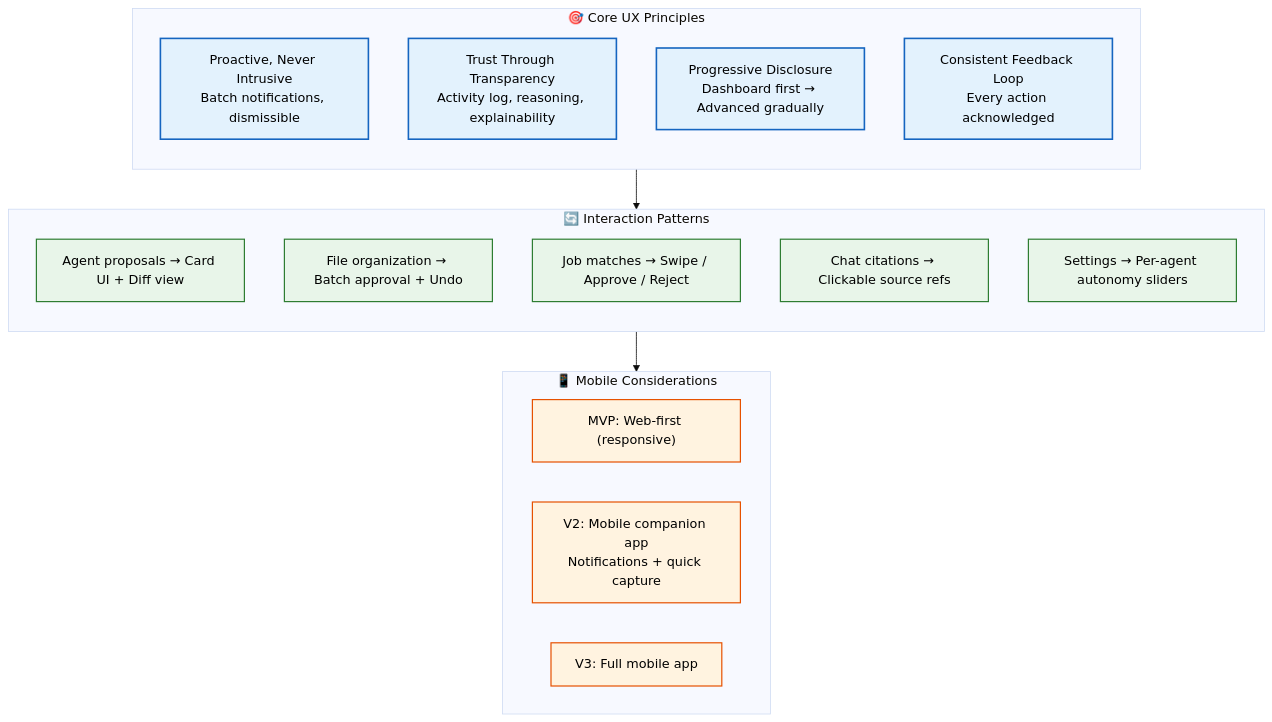
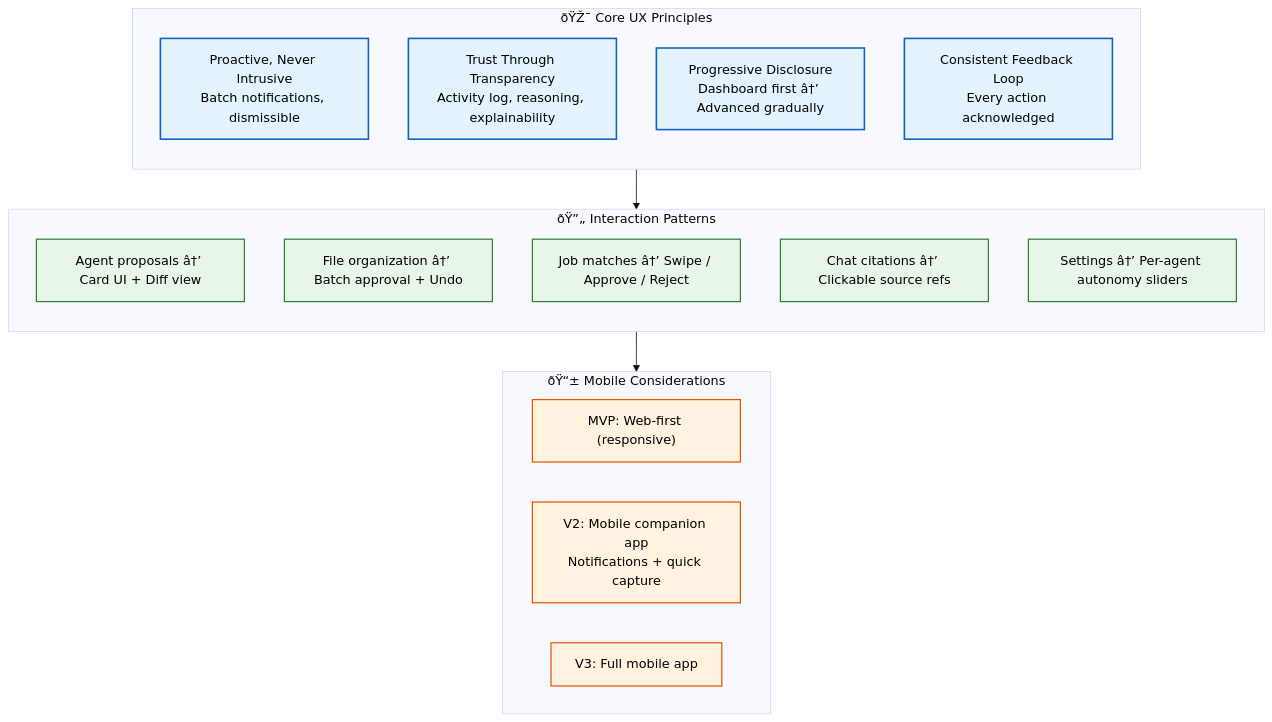
The first of 2 diagrams in Docs/Frontend/UX-Guidelines.md (Driftloom/Vaeloom), drawn with Mermaid (base theme) before and after one commit. The commit also changed other lines of this file and 249 other files, not shown here.

````diff
--- a/Docs/Frontend/UX-Guidelines.md
+++ b/Docs/Frontend/UX-Guidelines.md
@@ -8,35 +8,35 @@
 ```mermaid
 graph TD
     classDef principle fill:#e3f2fd,stroke:#1565c0,color:#000,stroke-width:2px
     classDef pattern fill:#e8f5e9,stroke:#2e7d32,color:#000,stroke-width:1.5px
     classDef mobile fill:#fff3e0,stroke:#e65100,color:#000,stroke-width:1.5px
 
-    subgraph Principles["🎯 Core UX Principles"]
+    subgraph Principles["ðŸŽ¯ Core UX Principles"]
         direction TB
         R1["Proactive, Never Intrusive<br/>Batch notifications, dismissible"]
         R2["Trust Through Transparency<br/>Activity log, reasoning, explainability"]
-        R3["Progressive Disclosure<br/>Dashboard first → Advanced gradually"]
+        R3["Progressive Disclosure<br/>Dashboard first â†’ Advanced gradually"]
         R4["Consistent Feedback Loop<br/>Every action acknowledged"]
     end
 
-    subgraph Patterns["🔄 Interaction Patterns"]
+    subgraph Patterns["ðŸ”„ Interaction Patterns"]
         direction TB
-        P1["Agent proposals → Card UI + Diff view"]
-        P2["File organization → Batch approval + Undo"]
-        P3["Job matches → Swipe / Approve / Reject"]
-        P4["Chat citations → Clickable source refs"]
-        P5["Settings → Per-agent autonomy sliders"]
+        P1["Agent proposals â†’ Card UI + Diff view"]
+        P2["File organization â†’ Batch approval + Undo"]
+        P3["Job matches â†’ Swipe / Approve / Reject"]
+        P4["Chat citations â†’ Clickable source refs"]
+        P5["Settings â†’ Per-agent autonomy sliders"]
     end
 
-    subgraph Mobile["📱 Mobile Considerations"]
+    subgraph Mobile["ðŸ“± Mobile Considerations"]
         M1["MVP: Web-first (responsive)"]
         M2["V2: Mobile companion app<br/>Notifications + quick capture"]
         M3["V3: Full mobile app"]
     end
 
     Principles --> Patterns --> Mobile
 
     class R1,R2,R3,R4 principle
     class P1,P2,P3,P4,P5 pattern
     class M1,M2,M3 mobile
 ```
````
